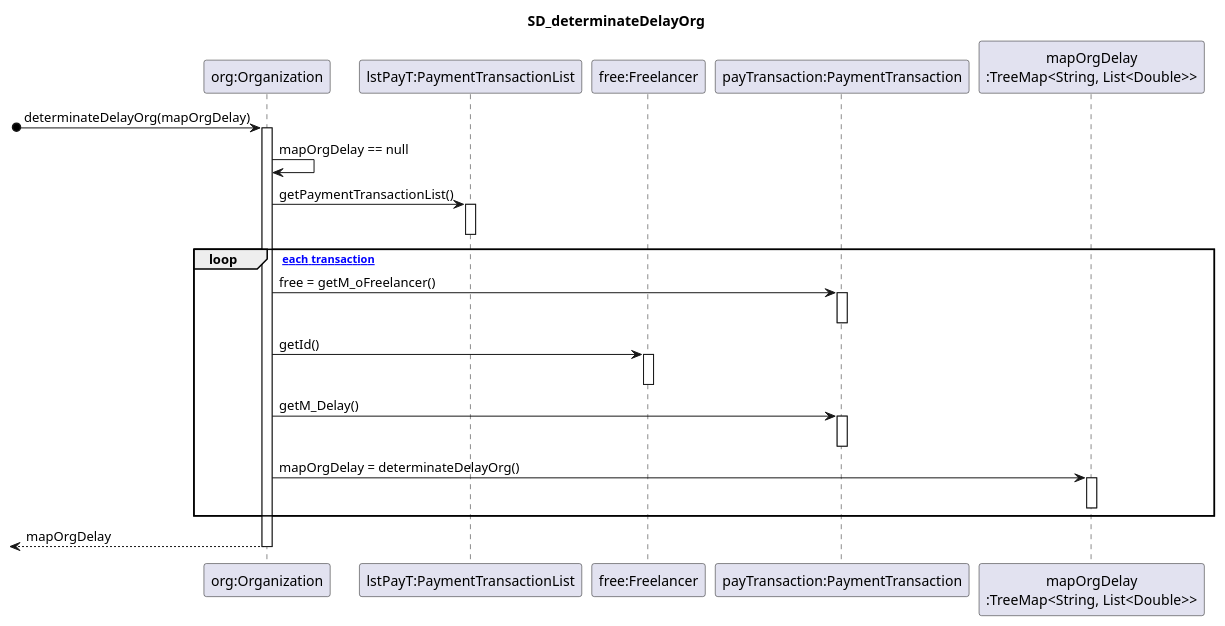
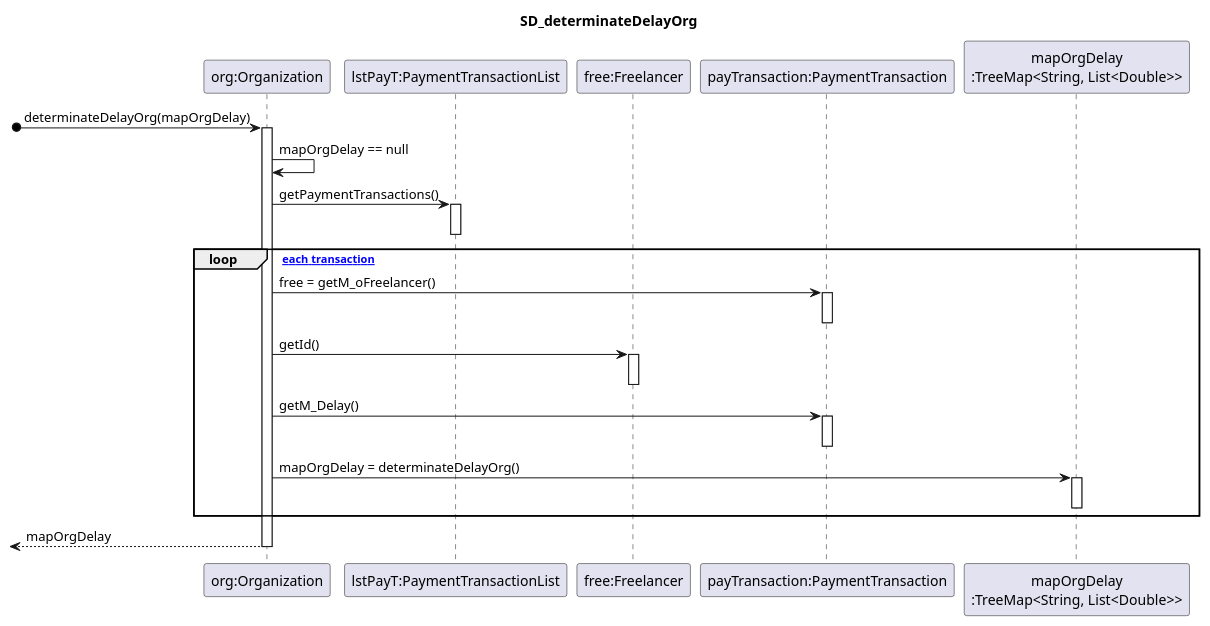
Before and after one commit to pedrolemos4/LAPR2: the diagram in docs/UC6 - Check performance indicators/SD_determinateDelayOrg.puml, drawn with PlantUML. The commit also changed 5 other files, not shown here.

```diff
--- a/docs/UC6 - Check performance indicators/SD_determinateDelayOrg.puml
+++ b/docs/UC6 - Check performance indicators/SD_determinateDelayOrg.puml
@@ -1,35 +1,35 @@
 @startuml
 participant "org:Organization" as O
 participant "lstPayT:PaymentTransactionList" as L
 participant "free:Freelancer" as F
 participant "payTransaction:PaymentTransaction" as T
 participant "mapOrgDelay\n:TreeMap<String, List<Double>>" as M
 
 title SD_determinateDelayOrg
 
 [o-> O: determinateDelayOrg(mapOrgDelay)
 activate O
 O -> O : mapOrgDelay == null
-O -> L : getPaymentTransactionList()
+O -> L : getPaymentTransactions()
 activate L
 deactivate L
 loop [ For each transaction ]
 O -> T : free = getM_oFreelancer()
 activate T
 deactivate T
 O -> F : getId()
 activate F
 deactivate F
 O -> T : getM_Delay()
 activate T
 deactivate T
 O -> M : mapOrgDelay = determinateDelayOrg()
 activate M
 deactivate M
 end loop
 [<-- O : mapOrgDelay
 deactivate O
 
  
 
 @enduml
```
